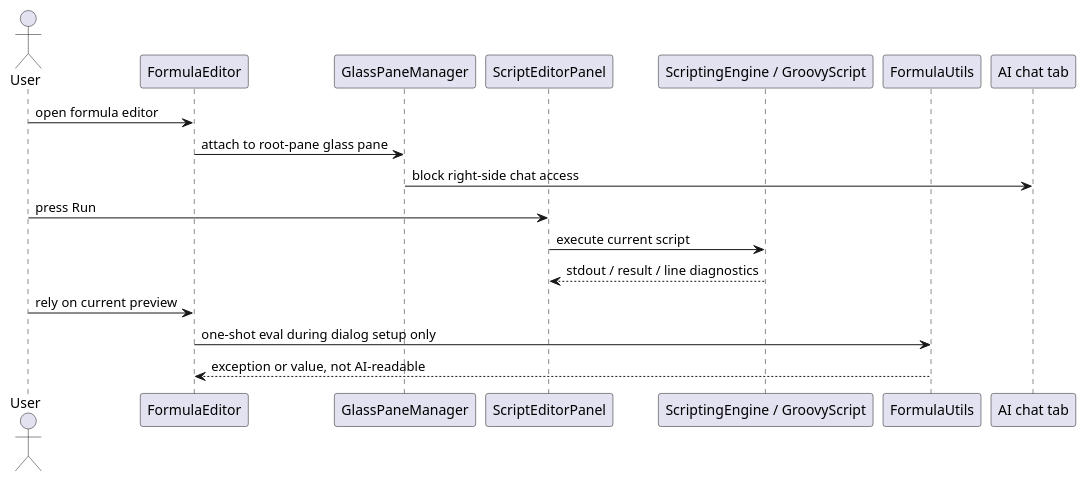
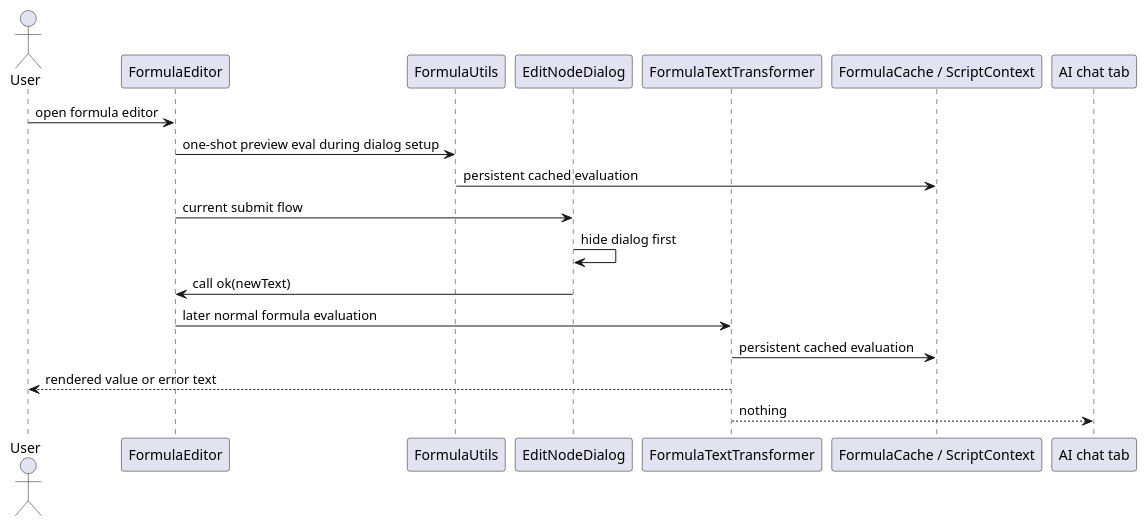
One commit to hyperdreamer/freeplane changed the first of 8 diagrams in ai-specs/tasks/in-progress/allow-ai-chat-attachment-for-formula-and-script-editors.md. Above: the diagram before and after it, drawn with PlantUML. The commit also changed other lines of this file, not shown here.

Commit message:
2026-05-27-editor-chat-attachment Clarify attached-editor task design

````diff
--- a/ai-specs/tasks/in-progress/allow-ai-chat-attachment-for-formula-and-script-editors.md
+++ b/ai-specs/tasks/in-progress/allow-ai-chat-attachment-for-formula-and-script-editors.md
@@ -182,21 +195,22 @@
-```plantuml
-@startuml
-actor User
-participant "FormulaEditor" as FE
-participant "GlassPaneManager" as GPM
-participant "ScriptEditorPanel" as SE
-participant "ScriptingEngine / GroovyScript" as ScriptRun
-participant "FormulaUtils" as FormulaRun
-participant "AI chat tab" as AI
-
-User -> FE: open formula editor
-FE -> GPM: attach to root-pane glass pane
-GPM -> AI: block right-side chat access
-User -> SE: press Run
-SE -> ScriptRun: execute current script
-ScriptRun --> SE: stdout / result / line diagnostics
-User -> FE: rely on current preview
-FE -> FormulaRun: one-shot eval during dialog setup only
-FormulaRun --> FE: exception or value, not AI-readable
-@enduml
-```
+  ```plantuml
+  @startuml
+  actor User
+  participant "FormulaEditor" as FE
+  participant "FormulaUtils" as FU
+  participant "EditNodeDialog" as END
+  participant "FormulaTextTransformer" as FTT
+  participant "FormulaCache / ScriptContext" as Cache
+  participant "AI chat tab" as AI
+  
+  User -> FE: open formula editor
+  FE -> FU: one-shot preview eval during dialog setup
+  FU -> Cache: persistent cached evaluation
+  FE -> END: current submit flow
+  END -> END: hide dialog first
+  END -> FE: call ok(newText)
+  FE -> FTT: later normal formula evaluation
+  FTT -> Cache: persistent cached evaluation
+  FTT --> User: rendered value or error text
+  FTT --> AI: nothing
+  @enduml
+  ```
````
